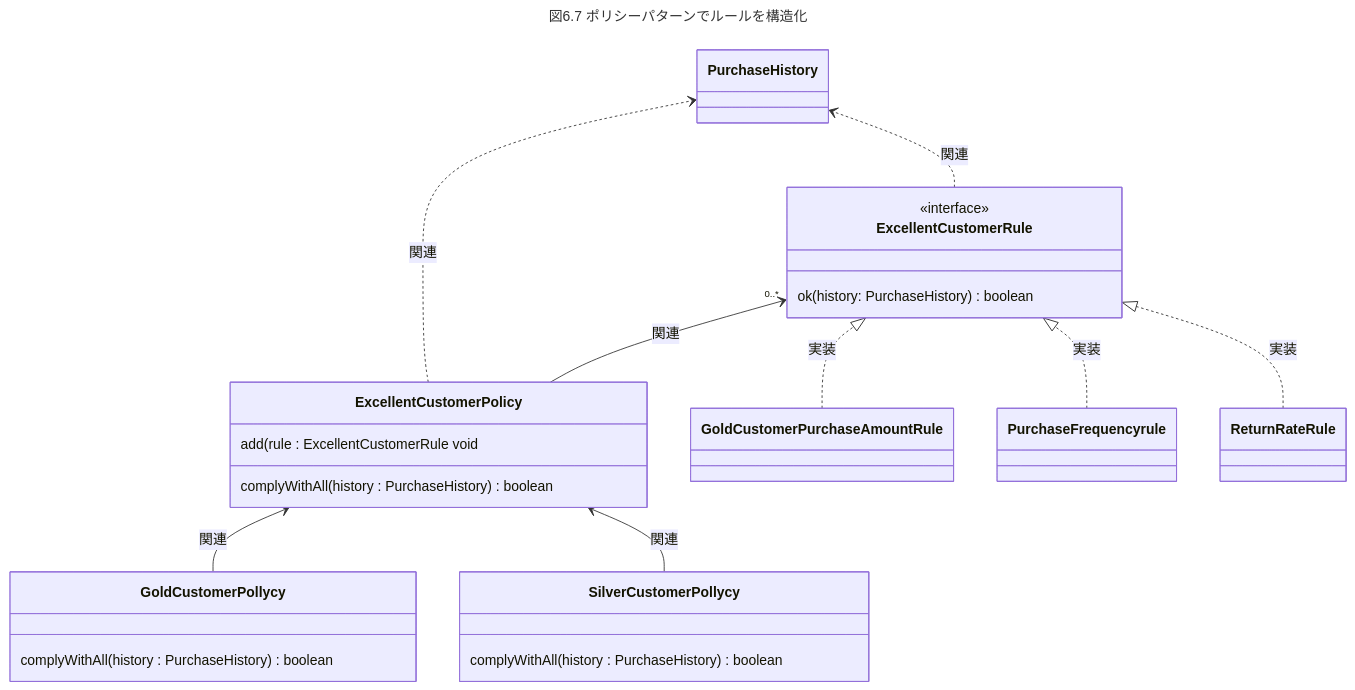
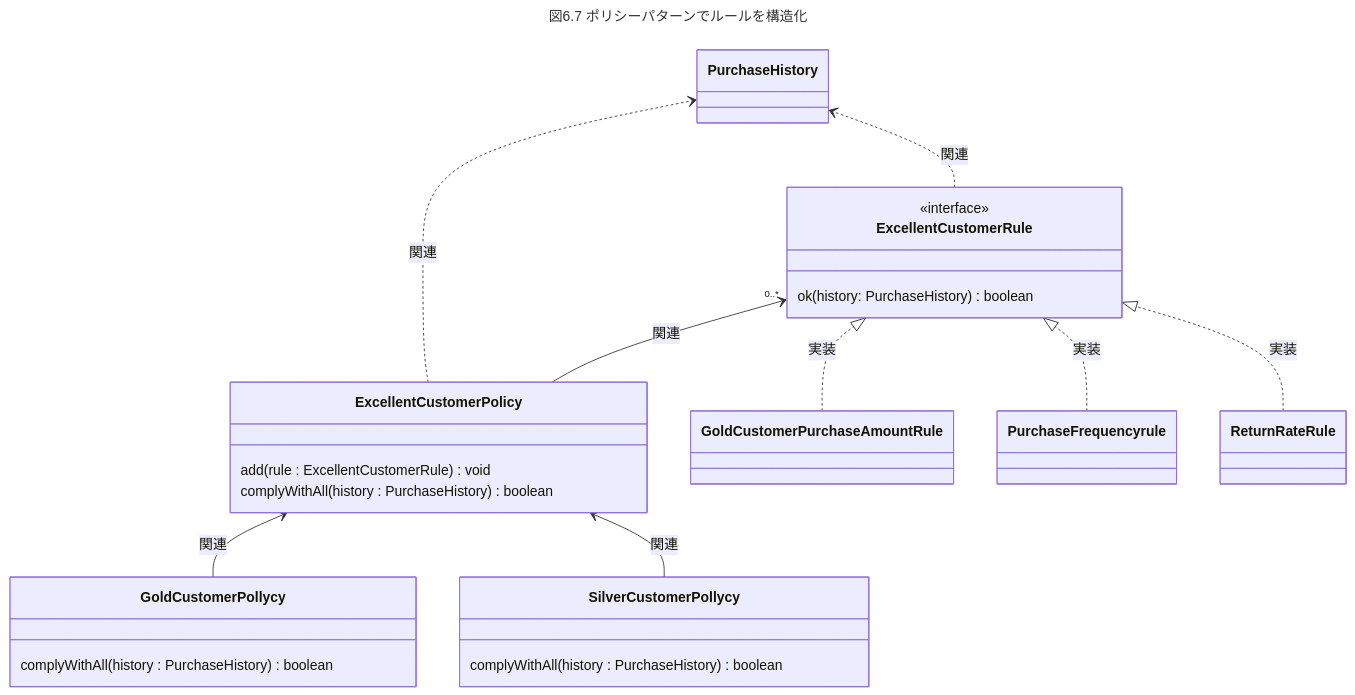
The third of 5 diagrams in GoodCode_BadCode/6.条件分岐.md (rendya2501/til), drawn with Mermaid before and after one commit. The commit also changed 8 other files, not shown here.

````diff
--- a/GoodCode_BadCode/6.条件分岐.md
+++ b/GoodCode_BadCode/6.条件分岐.md
@@ -1165,43 +1165,43 @@
 ``` mermaid
 ---
 title: 図6.7 ポリシーパターンでルールを構造化
 ---
 classDiagram
     direction BT
 
     class GoldCustomerPollycy {
         complyWithAll(history : PurchaseHistory) boolean
     }
     class SilverCustomerPollycy {
         complyWithAll(history : PurchaseHistory) boolean
     }
 
     class ExcellentCustomerPolicy {
-        add(rule : ExcellentCustomerRule void
+        add(rule : ExcellentCustomerRule) void
         complyWithAll(history : PurchaseHistory) boolean
     }
 
     class ExcellentCustomerRule { 
         <<interface>>
         ok(history: PurchaseHistory) boolean
     }
 
     class GoldCustomerPurchaseAmountRule {
     }
     class PurchaseFrequencyrule{
     }
     class ReturnRateRule{
     }
 
     GoldCustomerPollycy --> ExcellentCustomerPolicy : 関連
     SilverCustomerPollycy --> ExcellentCustomerPolicy : 関連
 
     ExcellentCustomerPolicy  --> "0..*" ExcellentCustomerRule : 関連
 
     GoldCustomerPurchaseAmountRule ..|> ExcellentCustomerRule : 実装
     PurchaseFrequencyrule ..|> ExcellentCustomerRule : 実装
     ReturnRateRule ..|> ExcellentCustomerRule : 実装
 
     ExcellentCustomerPolicy ..> PurchaseHistory : 関連
     ExcellentCustomerRule ..> PurchaseHistory : 関連
 ```
````
